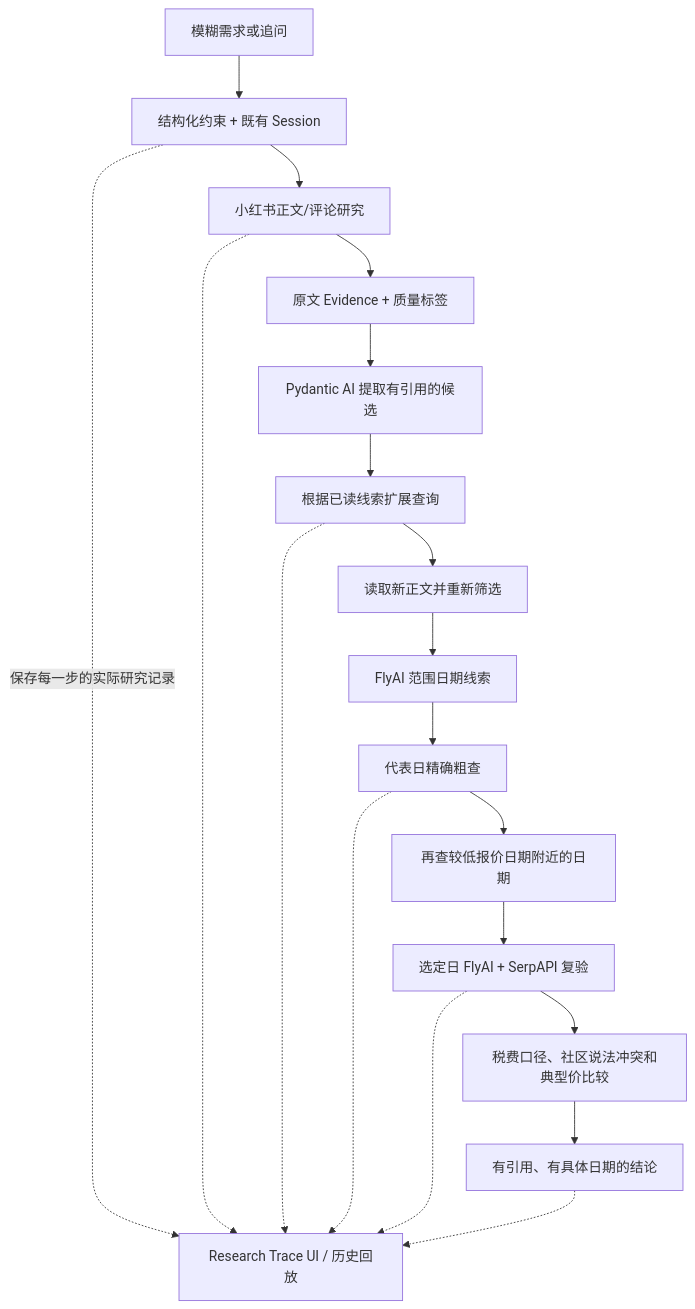
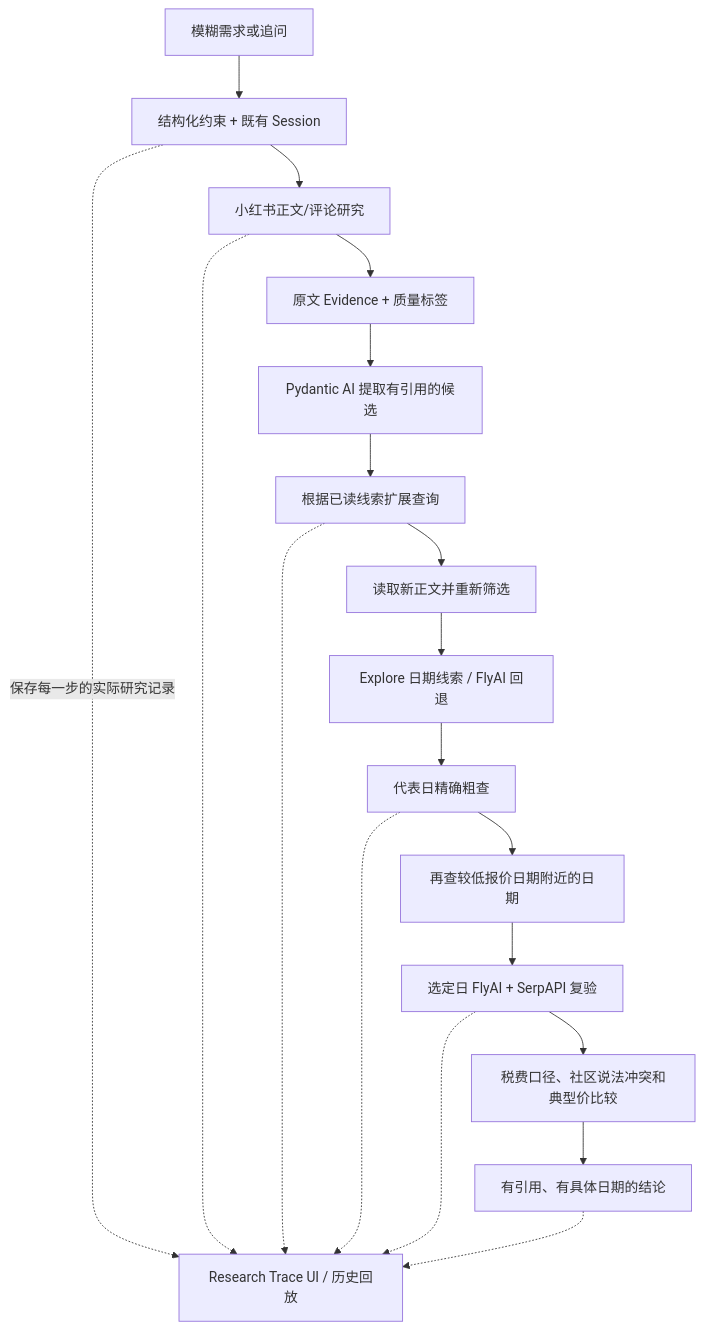
The diagram in docs/current/implementation.md (sulik0/farescout), drawn with Mermaid before and after one commit. The commit also changed other lines of this file and 52 other files, not shown here.

````diff
--- a/docs/current/implementation.md
+++ b/docs/current/implementation.md
@@ -7,21 +7,21 @@
 ```mermaid
 flowchart TD
     U[模糊需求或追问] --> C[结构化约束 + 既有 Session]
     C --> S[小红书正文/评论研究]
     S --> E[原文 Evidence + 质量标签]
     E --> A[Pydantic AI 提取有引用的候选]
     A --> Q[根据已读线索扩展查询]
     Q --> E2[读取新正文并重新筛选]
-    E2 --> R[FlyAI 范围日期线索]
+    E2 --> R[Explore 日期线索 / FlyAI 回退]
     R --> D[代表日精确粗查]
     D --> F[再查较低报价日期附近的日期]
     F --> V[选定日 FlyAI + SerpAPI 复验]
     V --> X[税费口径、社区说法冲突和典型价比较]
     X --> O[有引用、有具体日期的结论]
     C -.保存每一步的实际研究记录.-> T[Research Trace UI / 历史回放]
     S -.-> T
     Q -.-> T
     D -.-> T
     V -.-> T
     O -.-> T
 ```
````
